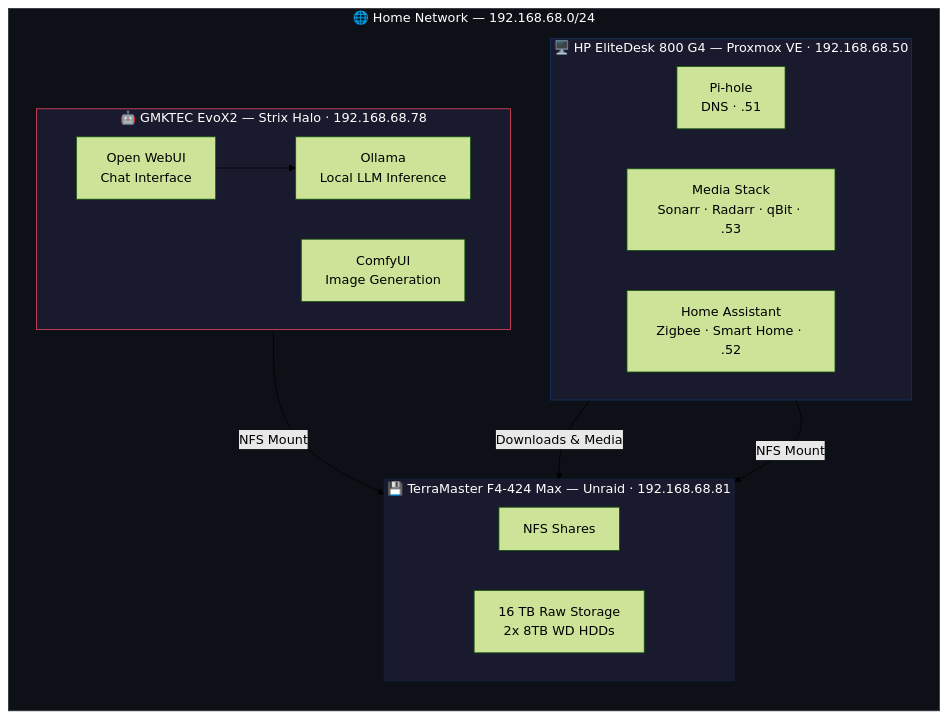
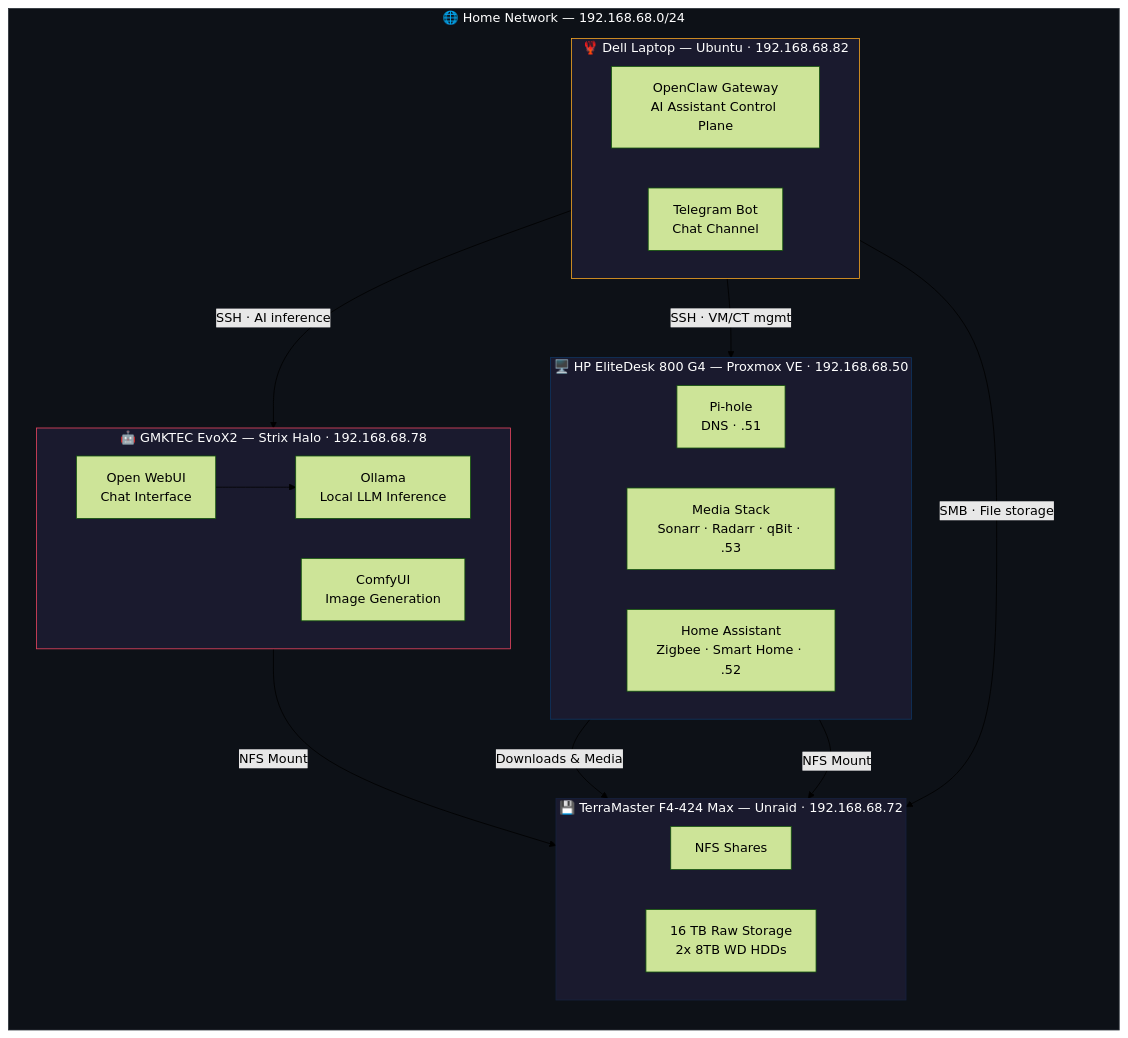
Before and after one commit to pnarayanan01/homelab: the diagram in README.md, drawn with Mermaid (forest theme).

Commit message:
Update network diagram in README.md

````diff
--- a/README.md
+++ b/README.md
@@ -9,36 +9,46 @@
 ```mermaid
 graph TB
     subgraph network["🌐 Home Network — 192.168.68.0/24"]
         direction TB
 
         subgraph strix["🤖 GMKTEC EvoX2 — Strix Halo · 192.168.68.78"]
             direction LR
             ollama["Ollama\nLocal LLM Inference"]
             webui["Open WebUI\nChat Interface"]
             comfyui["ComfyUI\nImage Generation"]
         end
 
+        subgraph ubuntupn["🦞 Dell Laptop — Ubuntu · 192.168.68.82"]
+            direction LR
+            openclaw["OpenClaw Gateway\nAI Assistant Control Plane"]
+            telegram["Telegram Bot\nChat Channel"]
+        end
+
         subgraph proxmox["🖥️ HP EliteDesk 800 G4 — Proxmox VE · 192.168.68.50"]
             direction LR
             pihole["Pi-hole\nDNS · .51"]
             media["Media Stack\nSonarr · Radarr · qBit · .53"]
             ha["Home Assistant\nZigbee · Smart Home · .52"]
         end
 
-        subgraph nas["💾 TerraMaster F4-424 Max — Unraid · 192.168.68.81"]
+        subgraph nas["💾 TerraMaster F4-424 Max — Unraid · 192.168.68.72"]
             direction LR
             nfs["NFS Shares"]
             storage["16 TB Raw Storage\n2x 8TB WD HDDs"]
         end
     end
 
     webui --> ollama
+    openclaw -- "SSH · AI inference" --> strix
+    openclaw -- "SSH · VM/CT mgmt" --> proxmox
+    openclaw -- "SMB · File storage" --> nas
     strix -- "NFS Mount" --> nfs
     proxmox -- "NFS Mount" --> nfs
     media -- "Downloads & Media" --> storage
 
     style strix fill:#1a1a2e,stroke:#e94560,color:#fff
+    style ubuntupn fill:#1a1a2e,stroke:#f5a623,color:#fff
     style proxmox fill:#1a1a2e,stroke:#0f3460,color:#fff
     style nas fill:#1a1a2e,stroke:#16213e,color:#fff
     style network fill:#0d1117,stroke:#30363d,color:#fff
 ```
````
